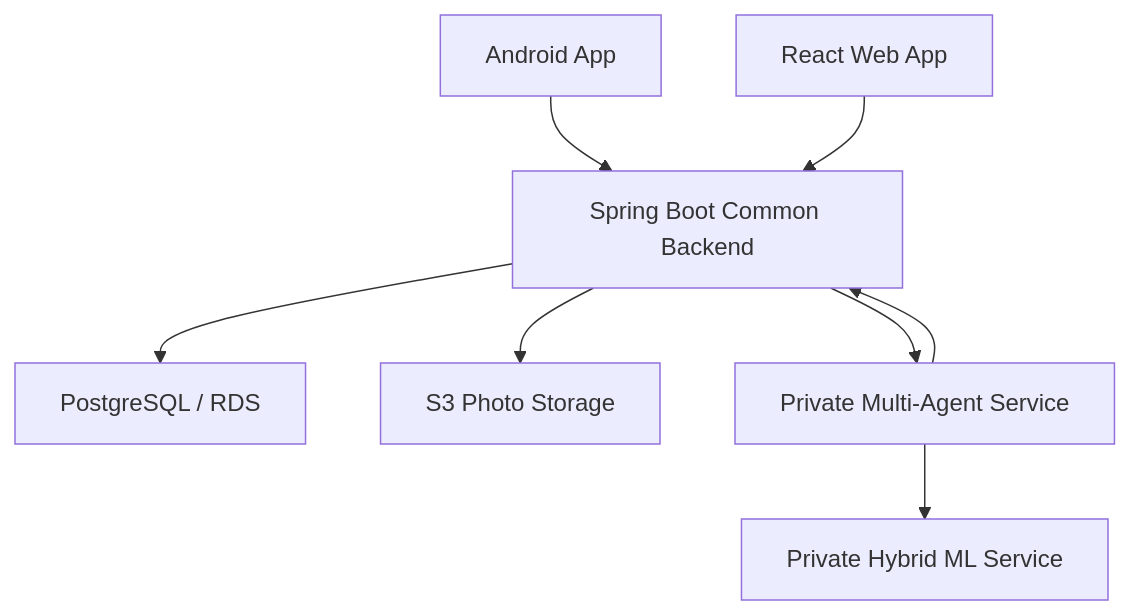
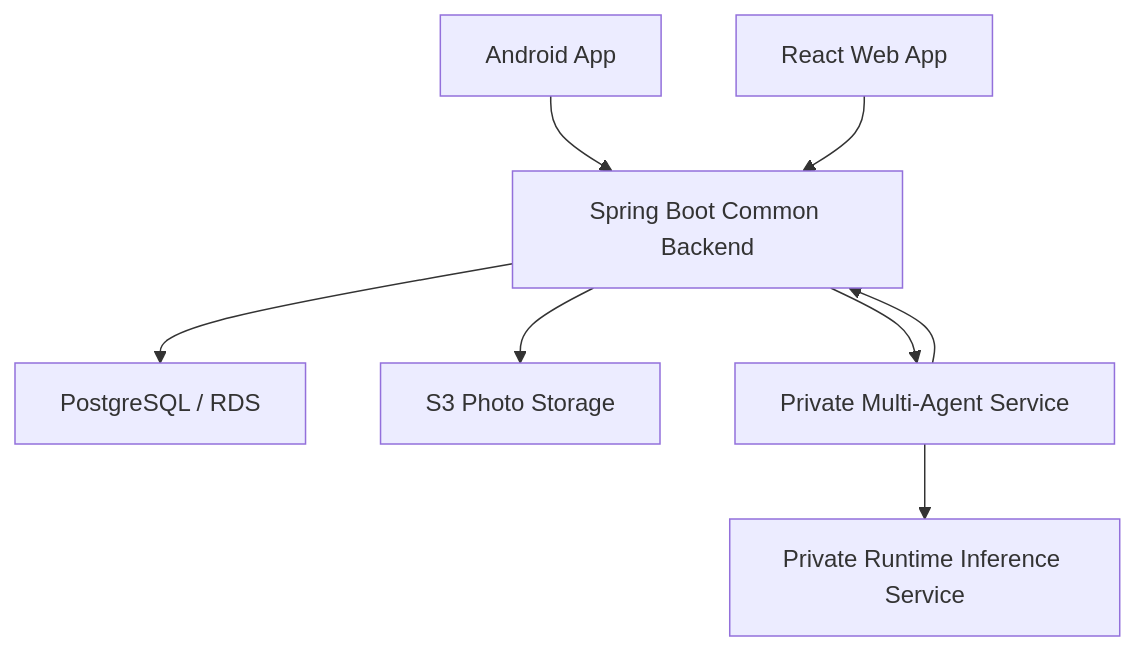
Before and after one commit to foodmind-team/foodmind-docs: the first of 2 diagrams in FoodMind_AI_Project_Context_and_Tutoring_Guide.md, drawn with Mermaid. The commit also changed other lines of this file and 5 other files, not shown here.

Commit message:
docs: add repository architecture and workflow guides

````diff
--- a/FoodMind_AI_Project_Context_and_Tutoring_Guide.md
+++ b/FoodMind_AI_Project_Context_and_Tutoring_Guide.md
@@ -583,10 +585,10 @@
 ```mermaid
 flowchart TD
     A["Android App"] --> C["Spring Boot Common Backend"]
     B["React Web App"] --> C
     C --> D["PostgreSQL / RDS"]
     C --> E["S3 Photo Storage"]
     C --> F["Private Multi-Agent Service"]
-    F --> G["Private Hybrid ML Service"]
+    F --> G["Private Runtime Inference Service"]
     F --> C
 ```
````
